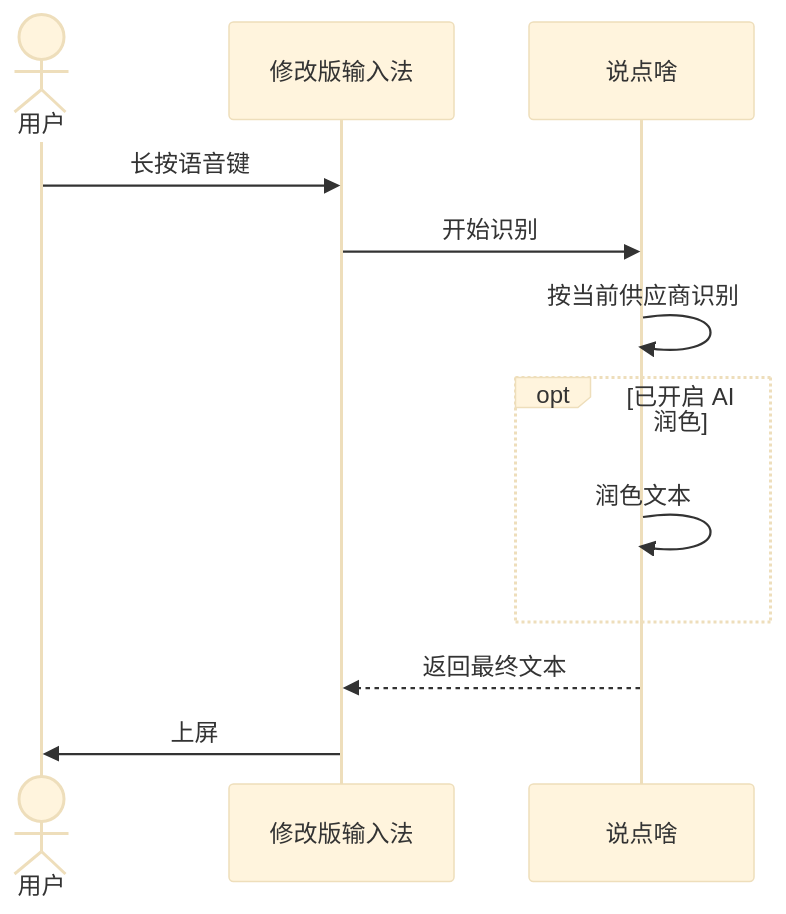
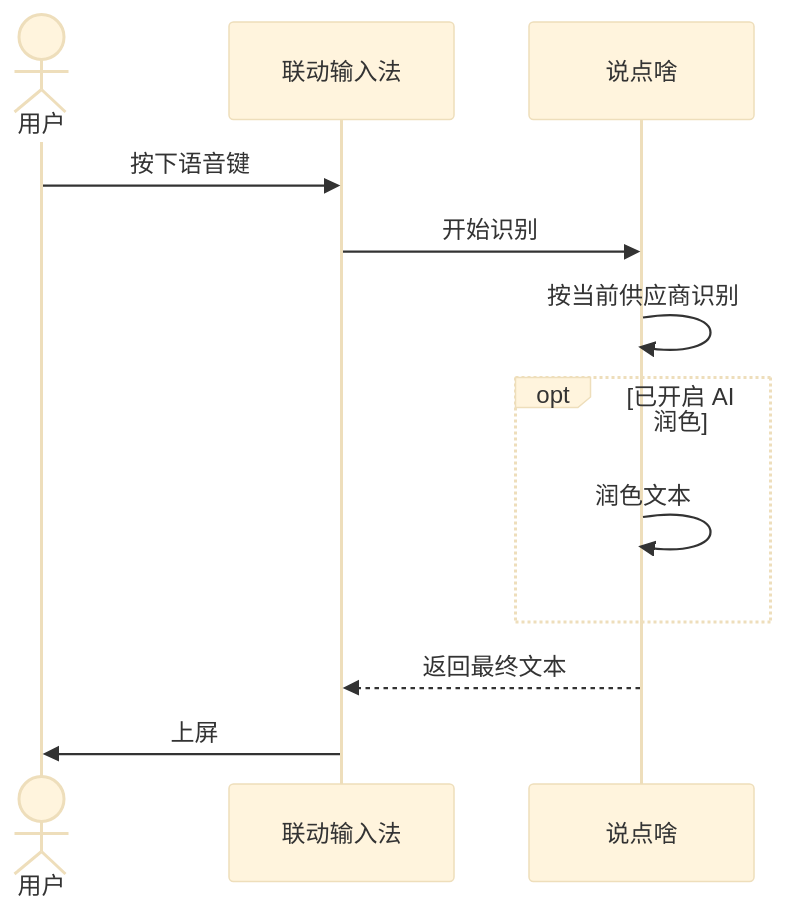
The first of 2 diagrams in advanced/aidl-integration.md (BryceWG/BiBi-Keyboard-Docs), drawn with Mermaid (base theme) before and after one commit. The commit also changed other lines of this file and 44 other files, not shown here.

````diff
--- a/advanced/aidl-integration.md
+++ b/advanced/aidl-integration.md
@@ -9,14 +16,14 @@
 ```mermaid
 sequenceDiagram
   actor User as 用户
-  participant Ime as 修改版输入法
+  participant Ime as 联动输入法
   participant Bibi as 说点啥
-  User->>Ime: 长按语音键
+  User->>Ime: 按下语音键
   Ime->>Bibi: 开始识别
   Bibi->>Bibi: 按当前供应商识别
   opt 已开启 AI 润色
     Bibi->>Bibi: 润色文本
   end
   Bibi-->>Ime: 返回最终文本
   Ime->>User: 上屏
 ```
````
